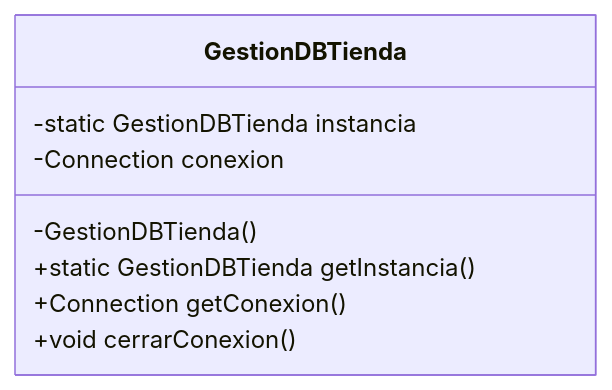
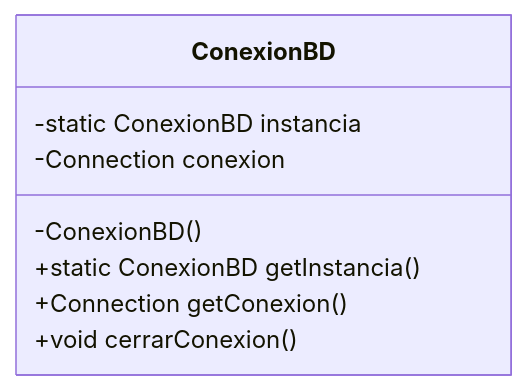
One commit to acamarac02/DevTacora changed the first of 2 diagrams in docs/02_ada_2627/ut3_jdbc/2-conexion-patron-singleton.md. Above: the diagram before and after it, drawn with Mermaid. The commit also changed other lines of this file and 8 other files, not shown here.

````diff
--- a/docs/02_ada_2627/ut3_jdbc/2-conexion-patron-singleton.md
+++ b/docs/02_ada_2627/ut3_jdbc/2-conexion-patron-singleton.md
@@ -36,11 +45,11 @@
 ```mermaid
 classDiagram
-    class GestionDBTienda {
-        -static GestionDBTienda instancia
+    class ConexionBD {
+        -static ConexionBD instancia
         -Connection conexion
-        -GestionDBTienda()
-        +static GestionDBTienda getInstancia()
+        -ConexionBD()
+        +static ConexionBD getInstancia()
         +Connection getConexion()
         +void cerrarConexion()
     }
 ```
````
